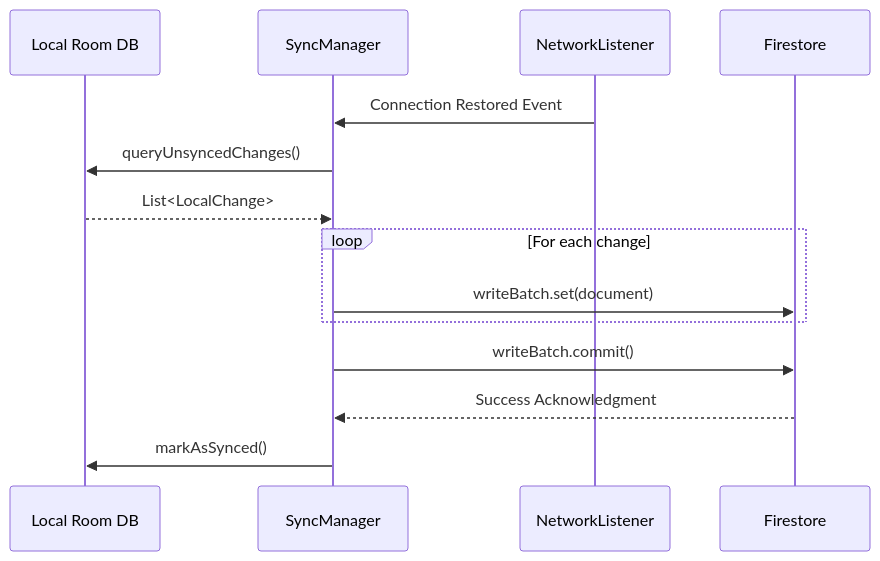
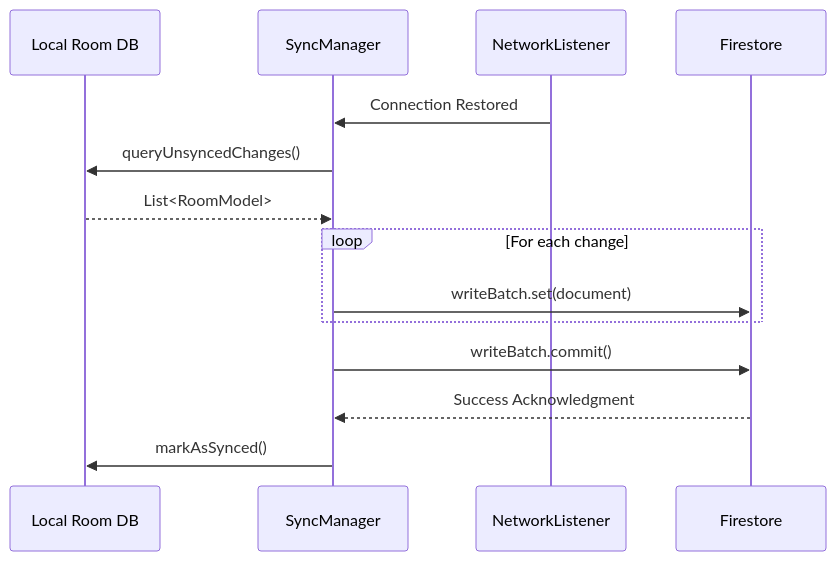
The eighth of 8 diagrams in docs/SequenceDiagrams.md (Vinoth-ai-20/lumiroom), drawn with Mermaid before and after one commit. The commit also changed other lines of this file and 63 other files, not shown here.

````diff
--- a/docs/SequenceDiagrams.md
+++ b/docs/SequenceDiagrams.md
@@ -50,19 +155,19 @@
 ```mermaid
 sequenceDiagram
     participant DB as Local Room DB
     participant Sync as SyncManager
     participant Net as NetworkListener
     participant FB as Firestore
 
-    Net->>Sync: Connection Restored Event
+    Net->>Sync: Connection Restored
     Sync->>DB: queryUnsyncedChanges()
-    DB-->>Sync: List<LocalChange>
+    DB-->>Sync: List<RoomModel>
     
     loop For each change
         Sync->>FB: writeBatch.set(document)
     end
     
     Sync->>FB: writeBatch.commit()
     FB-->>Sync: Success Acknowledgment
     Sync->>DB: markAsSynced()
 ```
````
